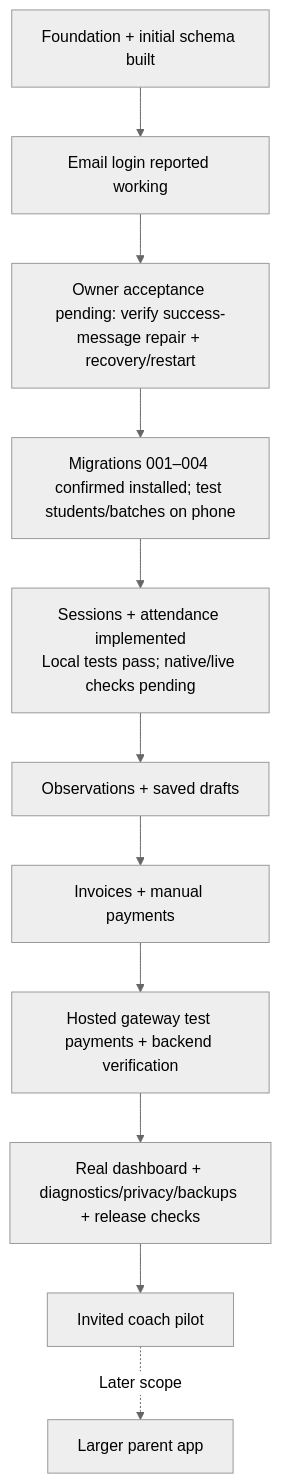
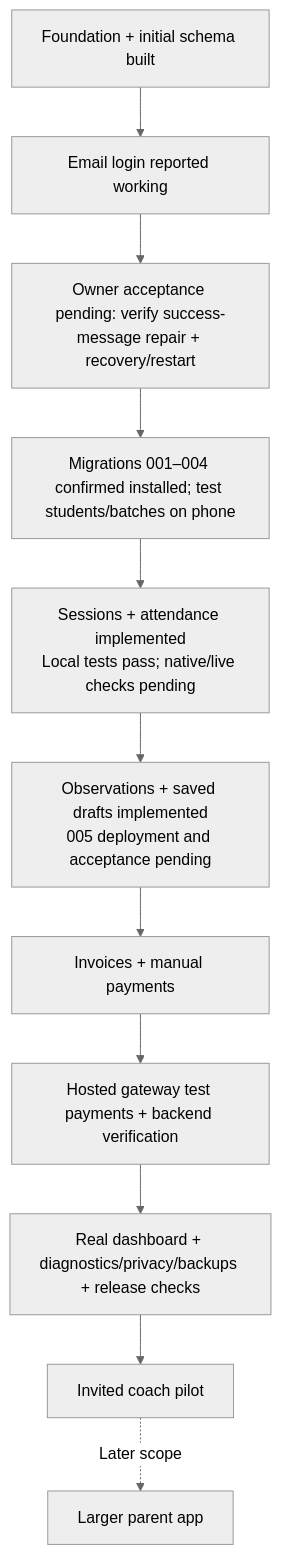
Before and after one commit to appsworld2027/Parent-plus-: the diagram in PROGRESS.md, drawn with Mermaid (neutral theme). The commit also changed other lines of this file and 34 other files, not shown here.

Commit message:
Build private observations with durable drafts and revision-safe recording

````diff
--- a/PROGRESS.md
+++ b/PROGRESS.md
@@ -52,13 +60,13 @@
 ```mermaid
 flowchart TD
   A["Foundation + initial schema built"] --> B["Email login reported working"]
   B --> C["Owner acceptance pending: verify success-message repair + recovery/restart"]
   C --> D["Migrations 001–004 confirmed installed; test students/batches on phone"]
   D --> E["Sessions + attendance implemented<br/>Local tests pass; native/live checks pending"]
-  E --> F["Observations + saved drafts"]
+  E --> F["Observations + saved drafts implemented<br/>005 deployment and acceptance pending"]
   F --> G["Invoices + manual payments"]
   G --> H["Hosted gateway test payments + backend verification"]
   H --> I["Real dashboard + diagnostics/privacy/backups + release checks"]
   I --> J["Invited coach pilot"]
   J -. "Later scope" .-> K["Larger parent app"]
 ```
````
